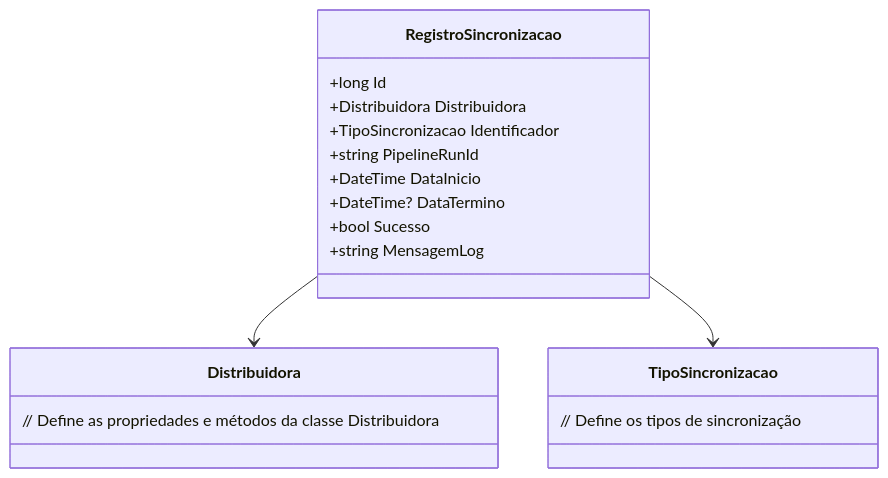
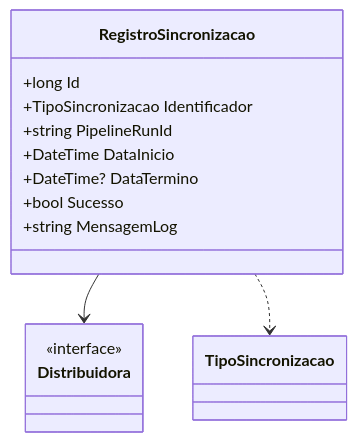
The diagram in docs/b2b-dominio/IsthmusWinthor.Nucleo/IsthmusWinthor.Dominio/Entidades/RegistroSincronizacao.md (IsthmusSistemas/documentacao-tecnica), drawn with Mermaid before and after one commit. The commit also changed other lines of this file and 882 other files, not shown here.

````diff
--- a/docs/b2b-dominio/IsthmusWinthor.Nucleo/IsthmusWinthor.Dominio/Entidades/RegistroSincronizacao.md
+++ b/docs/b2b-dominio/IsthmusWinthor.Nucleo/IsthmusWinthor.Dominio/Entidades/RegistroSincronizacao.md
@@ -21,21 +21,19 @@
 ```mermaid
 classDiagram
     class RegistroSincronizacao {
         +long Id
-        +Distribuidora Distribuidora
         +TipoSincronizacao Identificador
         +string PipelineRunId
         +DateTime DataInicio
         +DateTime? DataTermino
         +bool Sucesso
         +string MensagemLog
     }
+    
     class Distribuidora {
-        // Define as propriedades e métodos da classe Distribuidora
+        <<interface>>
     }
-    class TipoSincronizacao {
-        // Define os tipos de sincronização
-    }
+
     RegistroSincronizacao --> Distribuidora
-    RegistroSincronizacao --> TipoSincronizacao
-```  
+    RegistroSincronizacao ..> TipoSincronizacao
+```
````
